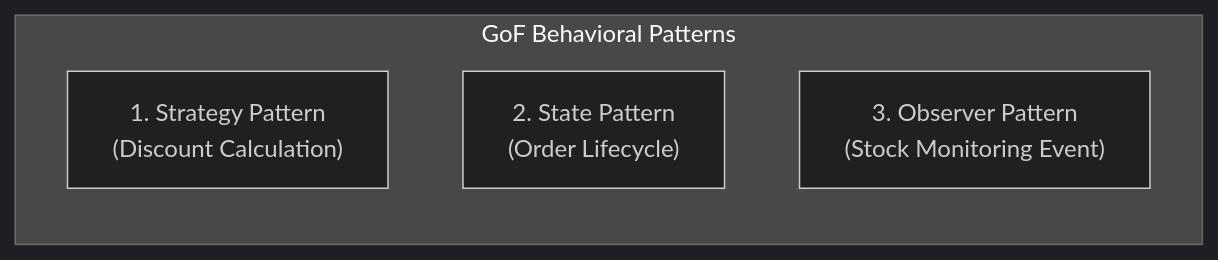
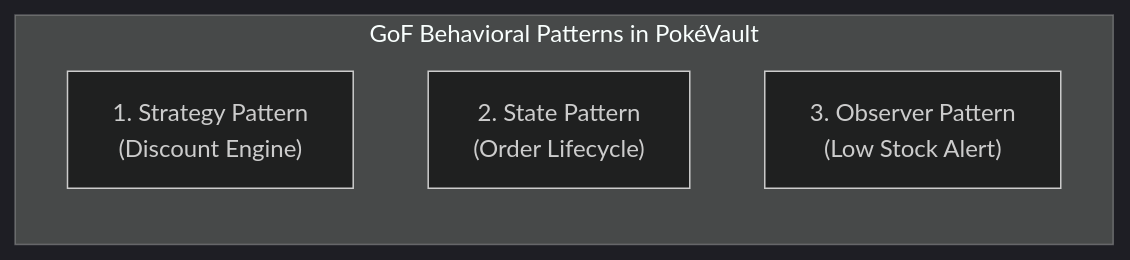
Before and after one commit to Bigzzz0/Pok-Vault_Commerce: the first of 5 diagrams in doc/design-patterns.md, drawn with Mermaid (dark theme). The commit also changed other lines of this file and 4 other files, not shown here.

Commit message:
docs: enrich design patterns, SOLID analysis, class diagrams, and presentation outline

````diff
--- a/doc/design-patterns.md
+++ b/doc/design-patterns.md
@@ -11,8 +26,8 @@
 ```mermaid
 graph LR
-    subgraph BehavioralPatterns["GoF Behavioral Patterns"]
-        Strategy["1. Strategy Pattern\n(Discount Calculation)"]
+    subgraph BehavioralPatterns["GoF Behavioral Patterns in PokéVault"]
+        Strategy["1. Strategy Pattern\n(Discount Engine)"]
         State["2. State Pattern\n(Order Lifecycle)"]
-        Observer["3. Observer Pattern\n(Stock Monitoring Event)"]
+        Observer["3. Observer Pattern\n(Low Stock Alert)"]
     end
 ```
````
